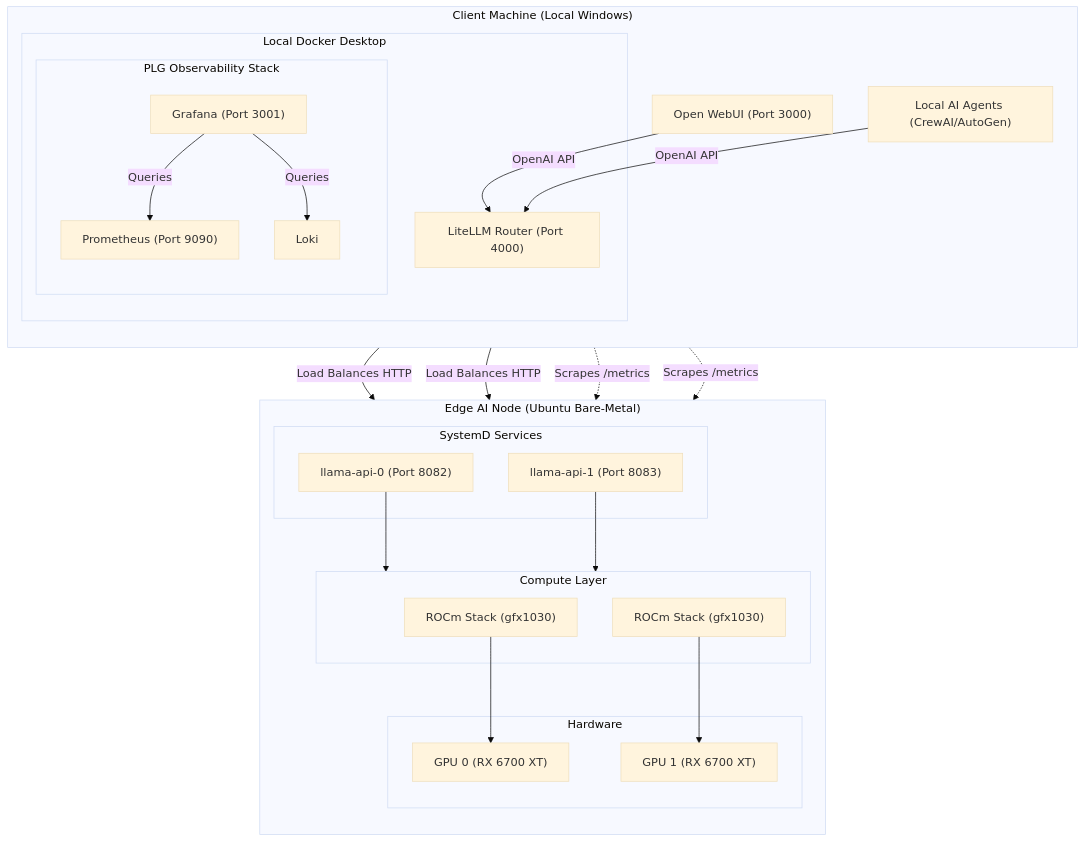
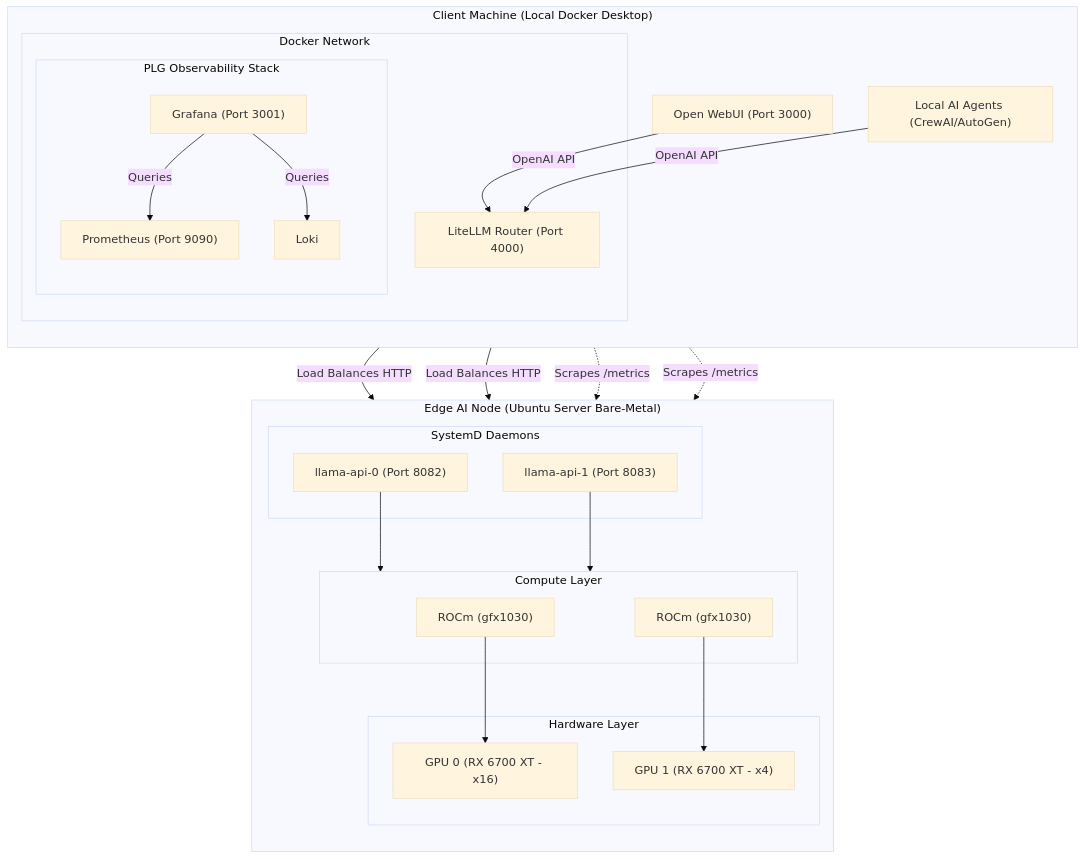
One commit to javiroca712/edge-ai-node changed the diagram in README.md. Above: the diagram before and after it, drawn with Mermaid (base theme). The commit also changed other lines of this file and 7 other files, not shown here.

Commit message:
refactor: parameterize edge node host via environment variables and polish documentation

````diff
--- a/README.md
+++ b/README.md
@@ -18,55 +45,55 @@
 ```mermaid
 flowchart TD
-    subgraph Client ["Client Machine (Local Windows)"]
+    subgraph Client ["Client Machine (Local Docker Desktop)"]
         direction TB
         UI["Open WebUI (Port 3000)"]
         Agents["Local AI Agents (CrewAI/AutoGen)"]
         
-        subgraph Docker ["Local Docker Desktop"]
+        subgraph Docker ["Docker Network"]
             LiteLLM["LiteLLM Router (Port 4000)"]
             
             subgraph PLG ["PLG Observability Stack"]
                 Grafana["Grafana (Port 3001)"]
                 Prometheus["Prometheus (Port 9090)"]
                 Loki["Loki"]
             end
         end
     end
 
-    subgraph Edge ["Edge AI Node (Ubuntu Bare-Metal)"]
+    subgraph Edge ["Edge AI Node (Ubuntu Server Bare-Metal)"]
         direction TB
         
-        subgraph SystemD ["SystemD Services"]
+        subgraph SystemD ["SystemD Daemons"]
             Llama0["llama-api-0 (Port 8082)"]
             Llama1["llama-api-1 (Port 8083)"]
         end
         
         subgraph Compute ["Compute Layer"]
-            ROCm0["ROCm Stack (gfx1030)"]
-            ROCm1["ROCm Stack (gfx1030)"]
+            ROCm0["ROCm (gfx1030)"]
+            ROCm1["ROCm (gfx1030)"]
         end
         
-        subgraph Hardware ["Hardware"]
-            GPU0["GPU 0 (RX 6700 XT)"]
-            GPU1["GPU 1 (RX 6700 XT)"]
+        subgraph Hardware ["Hardware Layer"]
+            GPU0["GPU 0 (RX 6700 XT - x16)"]
+            GPU1["GPU 1 (RX 6700 XT - x4)"]
         end
     end
 
     %% Routing
     UI -->|OpenAI API| LiteLLM
     Agents -->|OpenAI API| LiteLLM
     LiteLLM -->|Load Balances HTTP| Llama0
     LiteLLM -->|Load Balances HTTP| Llama1
 
     %% Compute Stack
     Llama0 --> Compute
     Llama1 --> Compute
     ROCm0 --> GPU0
     ROCm1 --> GPU1
 
     %% Observability
     Grafana -->|Queries| Prometheus
     Grafana -->|Queries| Loki
     Prometheus -.->|Scrapes /metrics| Llama0
     Prometheus -.->|Scrapes /metrics| Llama1
 ```
````
